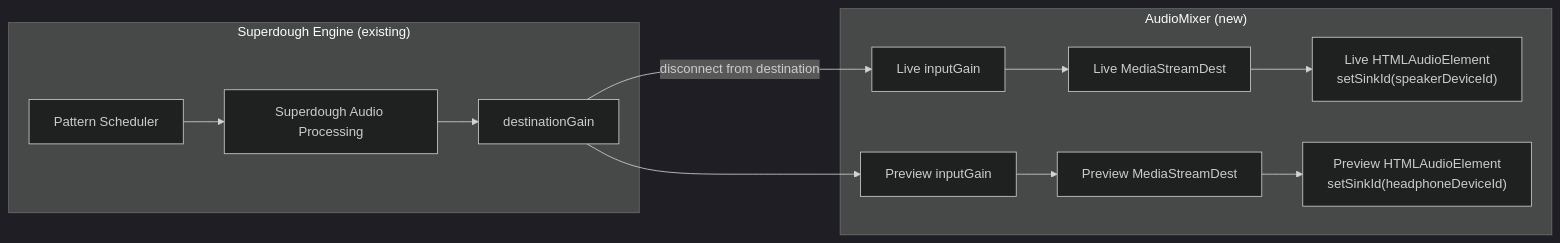
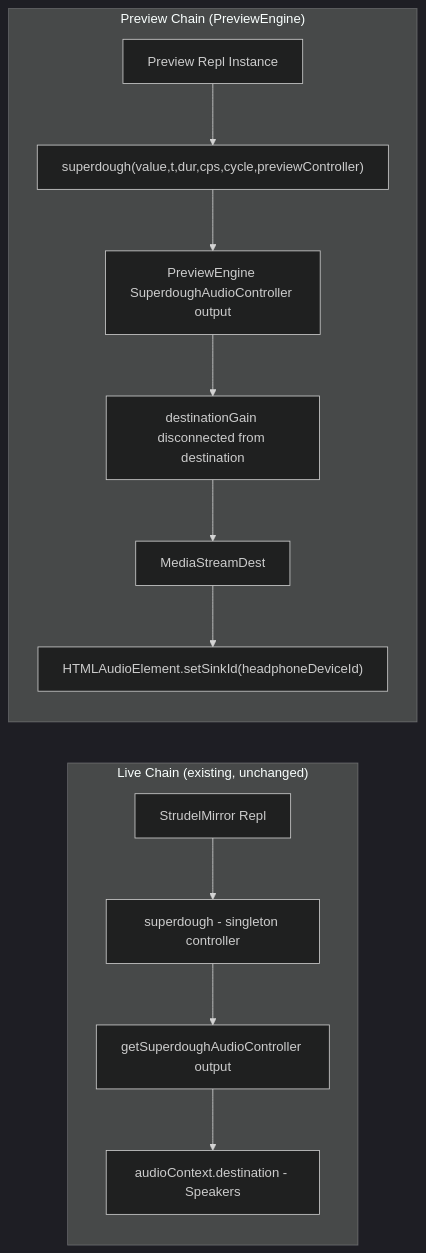
Before and after one commit to dygy/strudel-client: the first of 3 diagrams in .kiro/specs/audio-mixer-preview/design.md, drawn with Mermaid (dark theme). The commit also changed other lines of this file and 19 other files, not shown here.

````diff
--- a/.kiro/specs/audio-mixer-preview/design.md
+++ b/.kiro/specs/audio-mixer-preview/design.md
@@ -18,18 +18,16 @@
 ```mermaid
 graph LR
-    subgraph "Superdough Engine (existing)"
-        SE[Pattern Scheduler] --> SD[Superdough Audio Processing]
-        SD --> DG[destinationGain]
+    subgraph "Live Chain (existing, unchanged)"
+        LR[StrudelMirror Repl] --> LS[superdough - singleton controller]
+        LS --> LC[getSuperdoughAudioController output]
+        LC --> LD[audioContext.destination - Speakers]
     end
 
-    subgraph "AudioMixer (new)"
-        DG -->|"disconnect from destination"| LS_IN[Live inputGain]
-        DG --> PS_IN[Preview inputGain]
-        
-        LS_IN --> LS_MSD[Live MediaStreamDest]
-        LS_MSD --> LS_AE["Live HTMLAudioElement<br/>setSinkId(speakerDeviceId)"]
-        
-        PS_IN --> PS_MSD[Preview MediaStreamDest]
-        PS_MSD --> PS_AE["Preview HTMLAudioElement<br/>setSinkId(headphoneDeviceId)"]
+    subgraph "Preview Chain (PreviewEngine)"
+        PR[Preview Repl Instance] --> PS["superdough(value,t,dur,cps,cycle,previewController)"]
+        PS --> PC[PreviewEngine SuperdoughAudioController output]
+        PC --> PG[destinationGain disconnected from destination]
+        PG --> MSD[MediaStreamDest]
+        MSD --> AE["HTMLAudioElement.setSinkId(headphoneDeviceId)"]
     end
 ```
````
